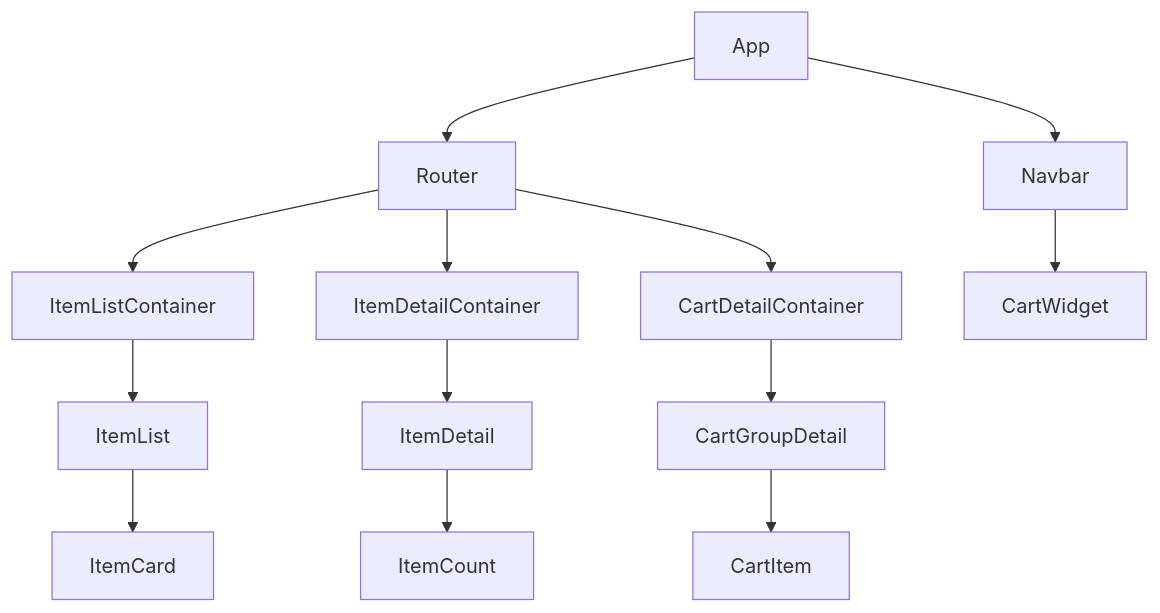
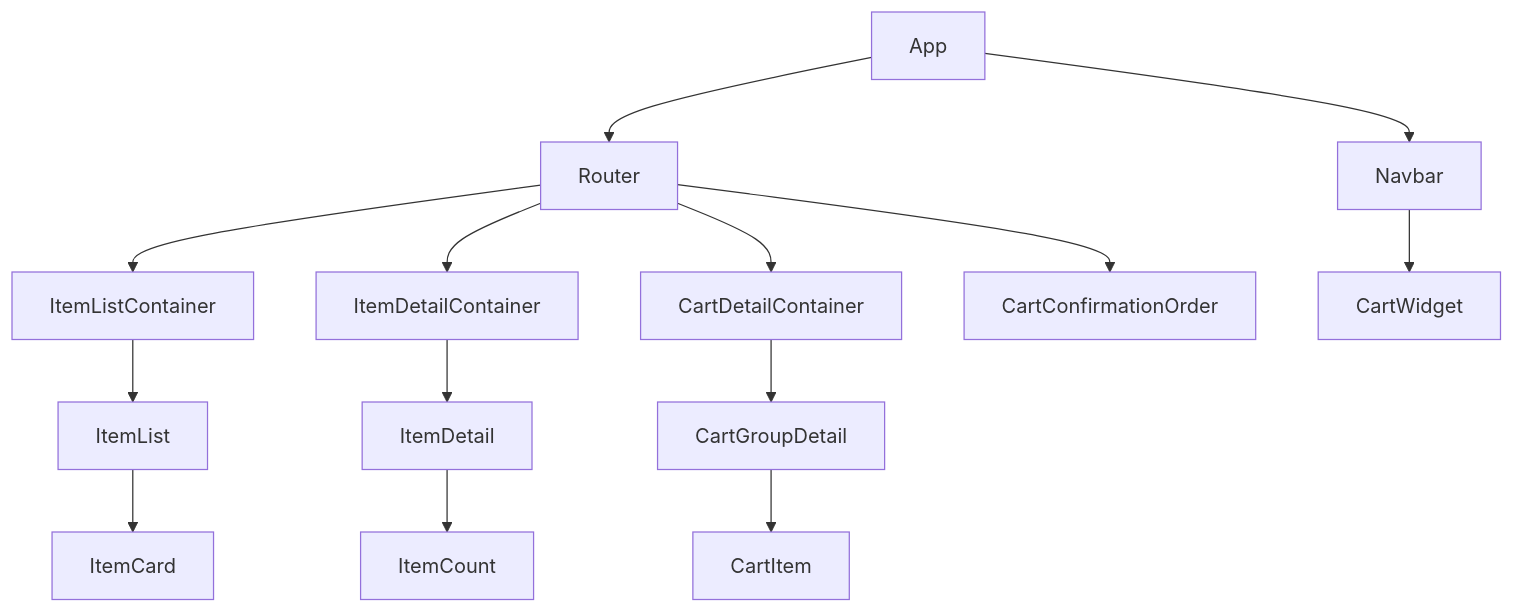
The second of 2 diagrams in README.md (cdmaidana/ReelFun), drawn with Mermaid before and after one commit. The commit also changed other lines of this file and 23 other files, not shown here.

````diff
--- a/README.md
+++ b/README.md
@@ -218,20 +275,21 @@
 ```mermaid
 graph TD
     App --> Navbar
     App --> Router
 
     Router --> ItemListContainer
     Router --> ItemDetailContainer
     Router --> CartDetailContainer
+    Router --> CartConfirmationOrder
 
     Navbar --> CartWidget
 
     ItemListContainer --> ItemList
     ItemList --> ItemCard
 
     ItemDetailContainer --> ItemDetail
     ItemDetail --> ItemCount
 
     CartDetailContainer --> CartGroupDetail
     CartGroupDetail --> CartItem
 ```
````
